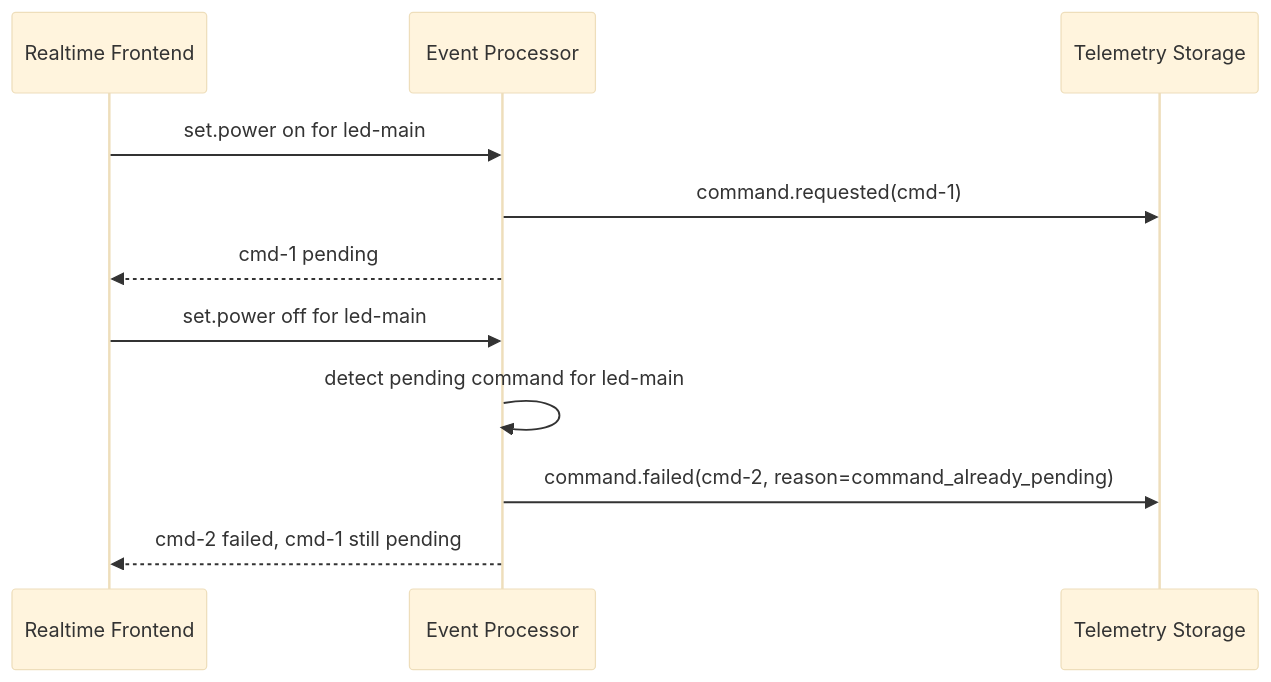
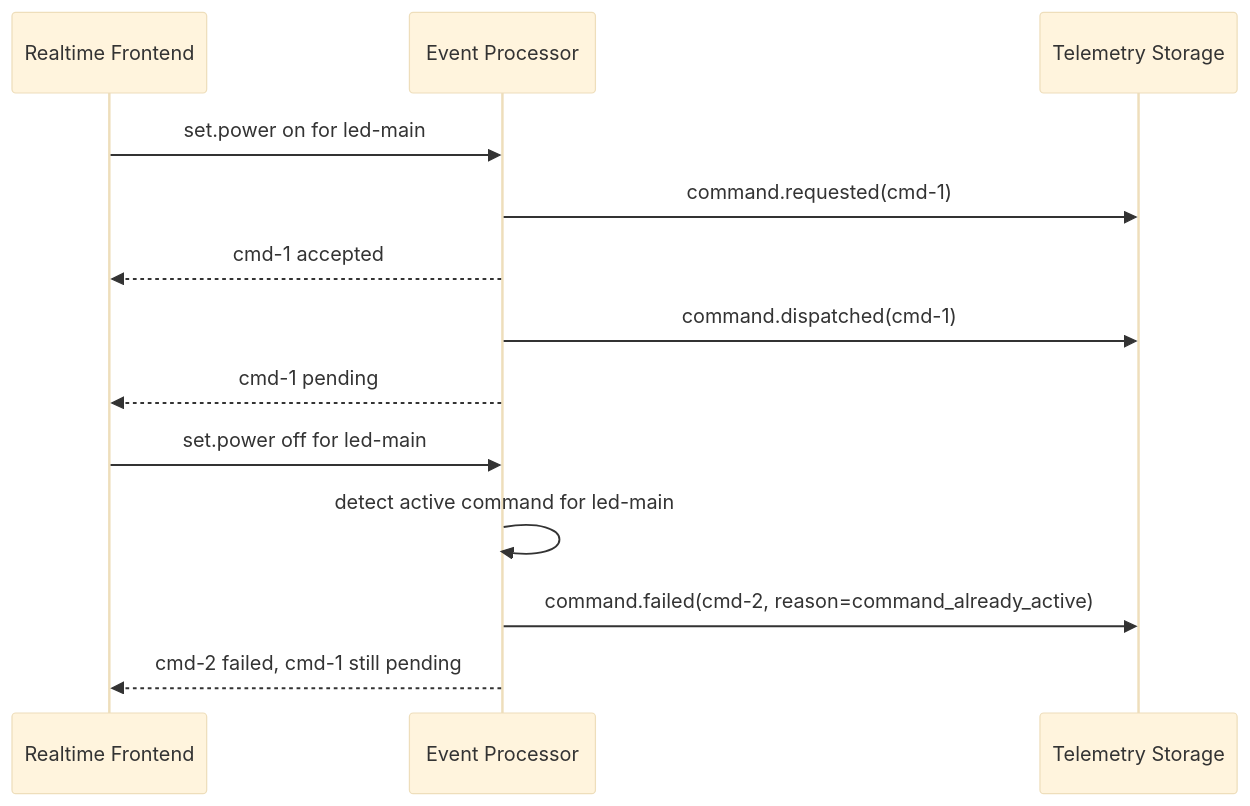
Before and after one commit to SzymonAntczak/smart-room-realtime-control-platform: the seventh of 8 diagrams in docs/architecture/examples.md, drawn with Mermaid (base theme). The commit also changed other lines of this file and 34 other files, not shown here.

````diff
--- a/docs/architecture/examples.md
+++ b/docs/architecture/examples.md
@@ -160,15 +160,17 @@
 ```mermaid
 sequenceDiagram
     participant UI as Realtime Frontend
     participant EP as Event Processor
     participant Store as Telemetry Storage
 
     UI->>EP: set.power on for led-main
     EP->>Store: command.requested(cmd-1)
+    EP-->>UI: cmd-1 accepted
+    EP->>Store: command.dispatched(cmd-1)
     EP-->>UI: cmd-1 pending
 
     UI->>EP: set.power off for led-main
-    EP->>EP: detect pending command for led-main
-    EP->>Store: command.failed(cmd-2, reason=command_already_pending)
+    EP->>EP: detect active command for led-main
+    EP->>Store: command.failed(cmd-2, reason=command_already_active)
     EP-->>UI: cmd-2 failed, cmd-1 still pending
 ```
````
